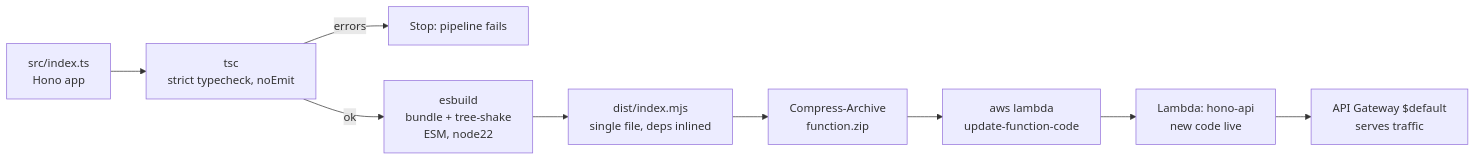
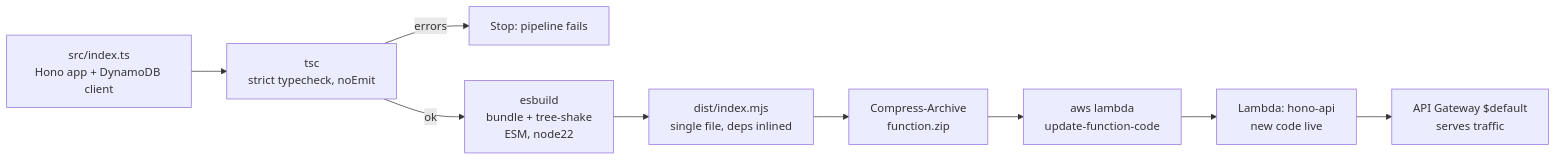
Before and after one commit to Colin-Stark/hono-serverless-api: the fourth of 4 diagrams in README.md, drawn with Mermaid. The commit also changed other lines of this file and 1 other file, not shown here.

Commit message:
Update documentation to reflect DynamoDB integration and new user routes

````diff
--- a/README.md
+++ b/README.md
@@ -385,11 +423,11 @@
 ```mermaid
 flowchart LR
-    SRC["src/index.ts<br/>Hono app"] --> TSC["tsc<br/>strict typecheck, noEmit"]
+    SRC["src/index.ts<br/>Hono app + DynamoDB client"] --> TSC["tsc<br/>strict typecheck, noEmit"]
     TSC -- "errors" --> FAIL["Stop: pipeline fails"]
     TSC -- "ok" --> ESB["esbuild<br/>bundle + tree-shake<br/>ESM, node22"]
     ESB --> OUT["dist/index.mjs<br/>single file, deps inlined"]
     OUT --> ZIP["Compress-Archive<br/>function.zip"]
     ZIP --> UP["aws lambda<br/>update-function-code"]
     UP --> LIVE["Lambda: hono-api<br/>new code live"]
     LIVE --> APIGW["API Gateway $default<br/>serves traffic"]
 ```
````
